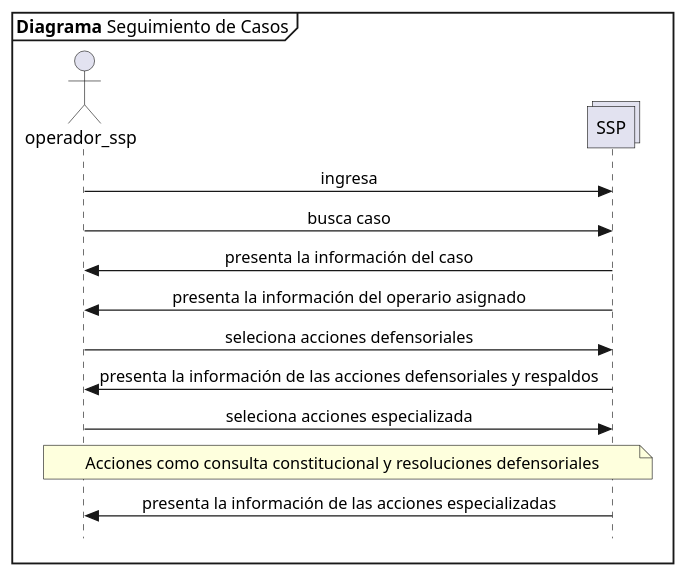
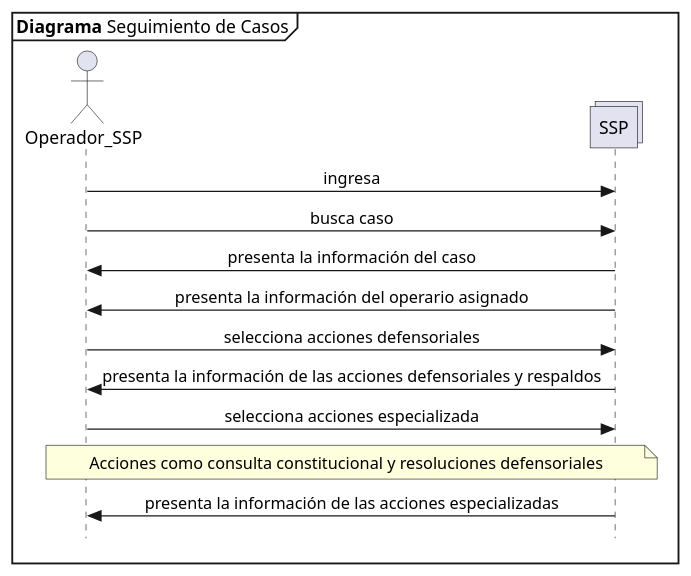
The diagram in propuesta SSP/17 seguimiento del caso.plantuml (n1m0d0/defdiag), drawn with PlantUML before and after one commit. The commit also changed 1 other file, not shown here.

```diff
--- a/propuesta SSP/17 seguimiento del caso.plantuml
+++ b/propuesta SSP/17 seguimiento del caso.plantuml
@@ -1,20 +1,20 @@
 @startuml Seguimiento
 skinparam Style strictuml
 skinparam SequenceMessageAlignment center
 
 mainframe **Diagrama** Seguimiento de Casos
 
-actor operador_ssp as opssp
+actor Operador_SSP as opssp
 collections SSP 
 
 opssp -> SSP : ingresa
 opssp -> SSP : busca caso
 SSP -> opssp : presenta la información del caso
 SSP -> opssp : presenta la información del operario asignado
-opssp -> SSP : seleciona acciones defensoriales
+opssp -> SSP : selecciona acciones defensoriales
 SSP -> opssp : presenta la información de las acciones defensoriales y respaldos
-opssp -> SSP : seleciona acciones especializada
+opssp -> SSP : selecciona acciones especializada
 note over opssp, SSP: Acciones como consulta constitucional y resoluciones defensoriales
 SSP -> opssp : presenta la información de las acciones especializadas
 
 @enduml
```
